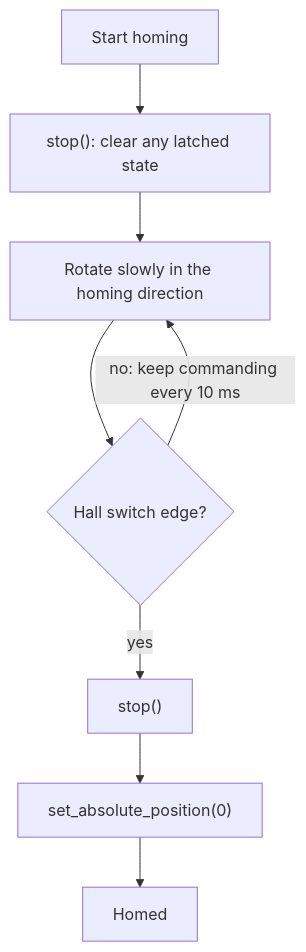
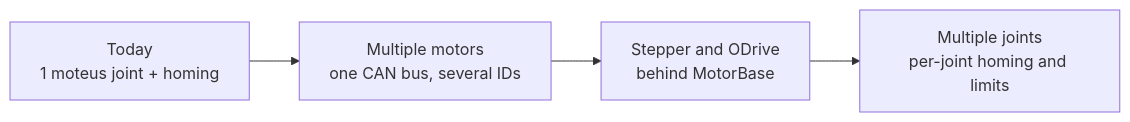
The sixth of 6 diagrams in README.md (jtoobias/sentry-motor-development), drawn with Mermaid before and after one commit. The commit also changed other lines of this file and 3 other files, not shown here.

````diff
--- a/README.md
+++ b/README.md
@@ -81,10 +182,6 @@
 ```mermaid
-flowchart TD
-    A["Start homing"] --> B["stop(): clear any latched state"]
-    B --> C["Rotate slowly in the homing direction"]
-    C --> D{"Hall switch edge?"}
-    D -- "no: keep commanding every 10 ms" --> C
-    D -- yes --> E["stop()"]
-    E --> F["set_absolute_position(0)"]
-    F --> G["Homed"]
+flowchart LR
+    A["Today<br/>1 moteus joint + homing"] --> B["Multiple motors<br/>one CAN bus, several IDs"]
+    B --> C["Stepper and ODrive<br/>behind MotorBase"]
+    C --> D["Multiple joints<br/>per-joint homing and limits"]
 ```
````
